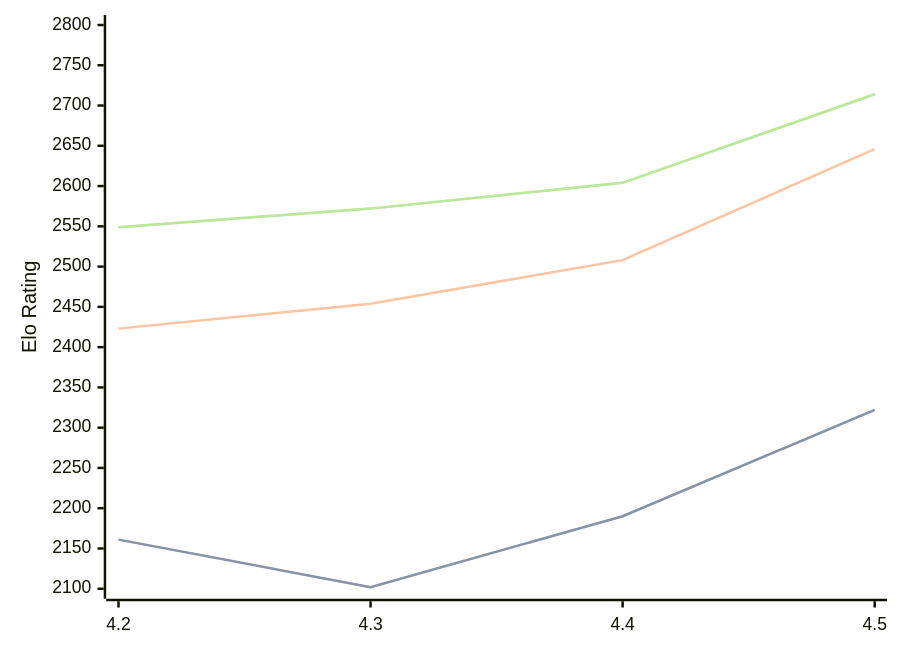
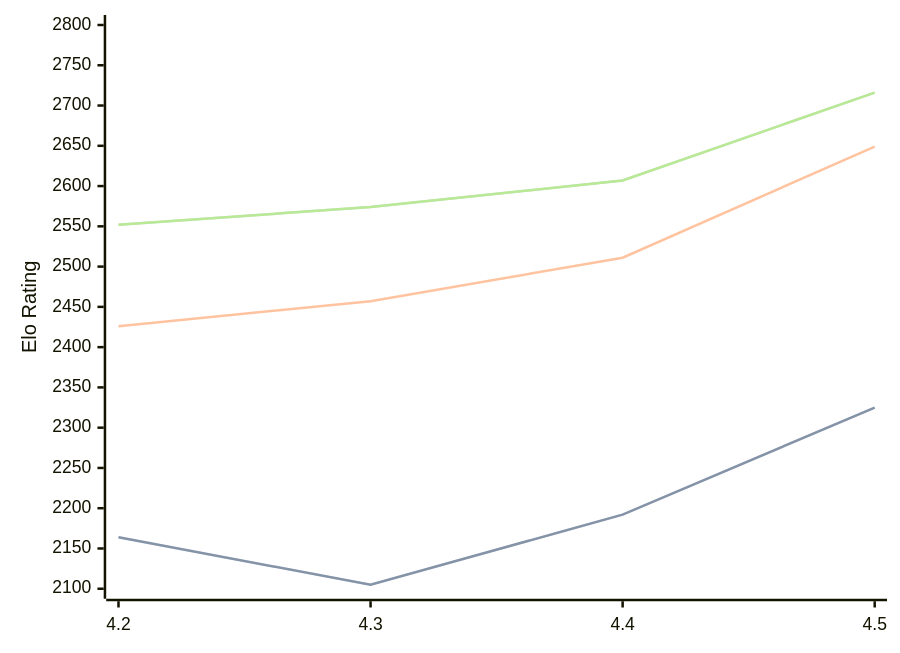
Before and after one commit to computer-chess-index/cci: the diagram in engines/Eubos.md, drawn with Mermaid. The commit also changed other lines of this file, not shown here.

Commit message:
Update CCI Ratings (ELO VLTC) - 2026-09-24

````diff
--- a/engines/Eubos.md
+++ b/engines/Eubos.md
@@ -34,11 +34,11 @@
 ```mermaid
 %%{init: {"theme":"base","themeVariables":{"seriesColors:['#a3a3a3','#222221','#faa371']}}}%%
 xychart-beta
   x-axis ["4.2", "4.3", "4.4", "4.5"]
   y-axis "Elo Rating" 2100 --> 2800
-  line "" [2161, 2102, 2190, 2322]
-  line "STC (8.0+0.08s)" [2161, 2102, 2190, 2322]
-  line "LTC (60.0+0.60s)" [2423, 2454, 2508, 2646]
-  line "" [2549, 2572, 2604, 2714]
-  line "VLTC (2m24s+1.12s)" [2549, 2572, 2604, 2714]
+  line "" [2164, 2105, 2192, 2325]
+  line "STC (8.0+0.08s)" [2164, 2105, 2192, 2325]
+  line "LTC (60.0+0.60s)" [2426, 2457, 2511, 2649]
+  line "" [2552, 2574, 2607, 2716]
+  line "VLTC (2m24s+1.12s)" [2552, 2574, 2607, 2716]
 ```
````
